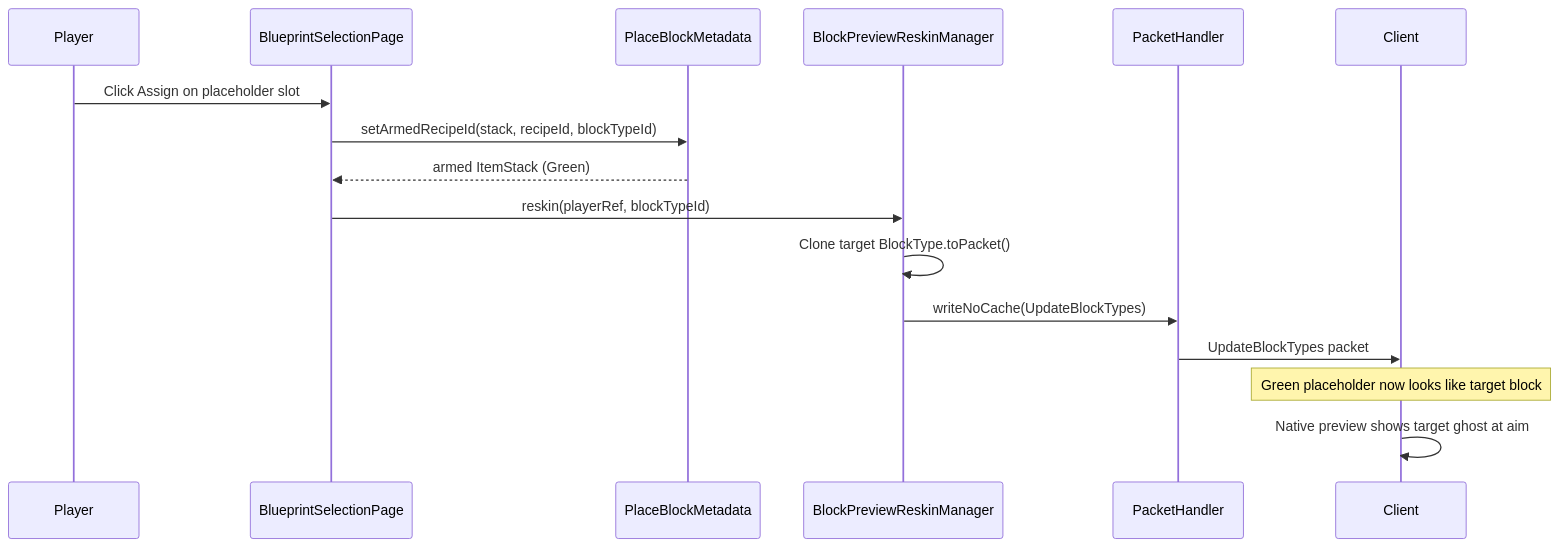
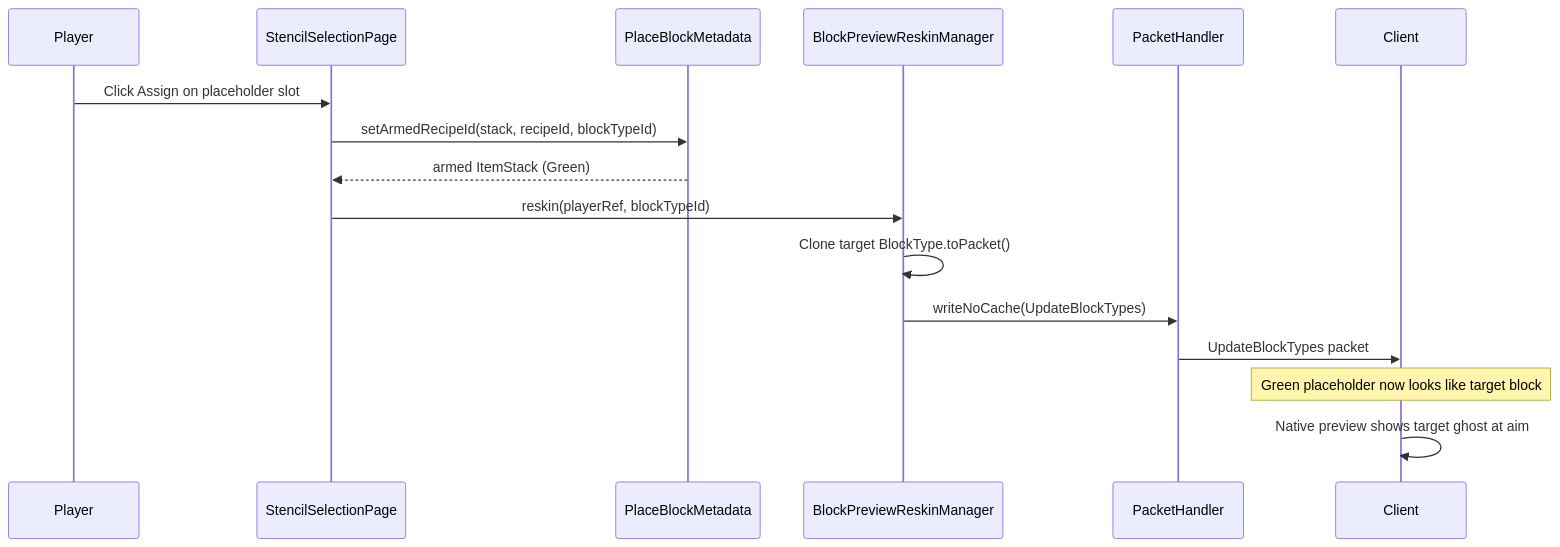
Before and after one commit to TheCodeCreature/Hytale-Example-Plugin: the third of 3 diagrams in docs/Plans/design-block-preview-reskin.md, drawn with Mermaid. The commit also changed other lines of this file and 289 other files, not shown here.

````diff
--- a/docs/Plans/design-block-preview-reskin.md
+++ b/docs/Plans/design-block-preview-reskin.md
@@ -89,19 +89,19 @@
 ```mermaid
 sequenceDiagram
     participant P as Player
-    participant UI as BlueprintSelectionPage
+    participant UI as StencilSelectionPage
     participant PM as PlaceBlockMetadata
     participant RM as BlockPreviewReskinManager
     participant PH as PacketHandler
     participant C as Client
 
     P->>UI: Click Assign on placeholder slot
     UI->>PM: setArmedRecipeId(stack, recipeId, blockTypeId)
     PM-->>UI: armed ItemStack (Green)
     UI->>RM: reskin(playerRef, blockTypeId)
     RM->>RM: Clone target BlockType.toPacket()
     RM->>PH: writeNoCache(UpdateBlockTypes)
     PH->>C: UpdateBlockTypes packet
     Note over C: Green placeholder now looks like target block
     C->>C: Native preview shows target ghost at aim
 ```
````
